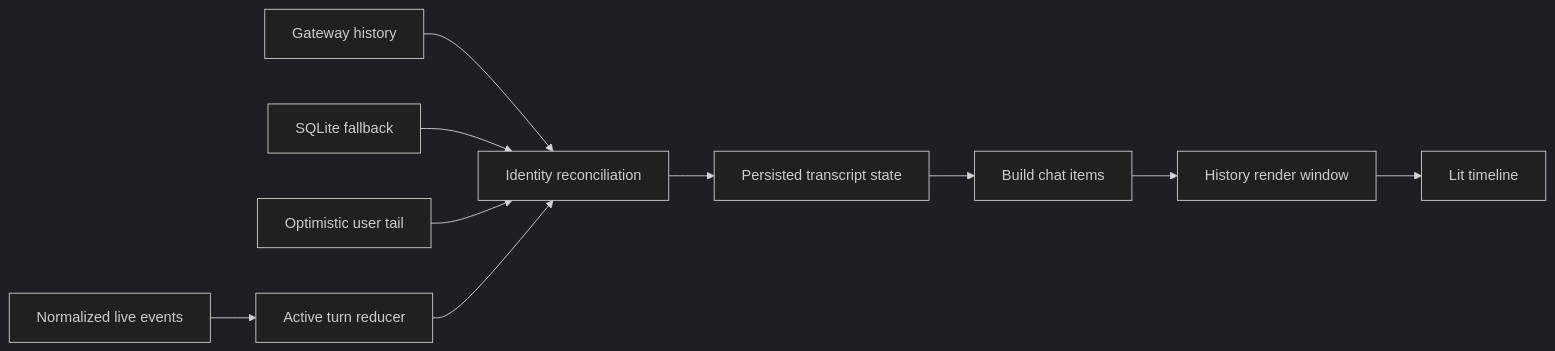
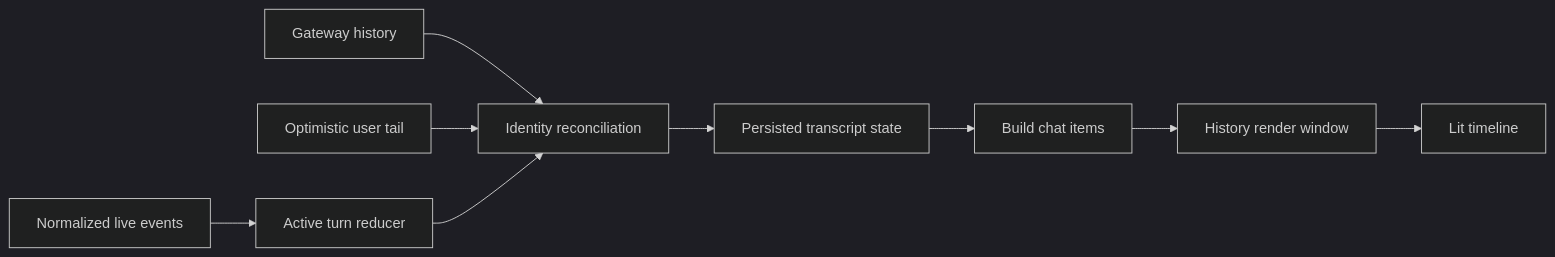
One commit to liangxhao/JustDo changed the diagram in docs/architecture/15-chat-rendering.md. Above: the diagram before and after it, drawn with Mermaid (dark theme). The commit also changed other lines of this file and 93 other files, not shown here.

````diff
--- a/docs/architecture/15-chat-rendering.md
+++ b/docs/architecture/15-chat-rendering.md
@@ -48,18 +49,16 @@
 ```mermaid
 flowchart LR
   GH[Gateway history]
-  SF[SQLite fallback]
   OPT[Optimistic user tail]
   EVT[Normalized live events]
   PS[Persisted transcript state]
   AT[Active turn reducer]
   REC[Identity reconciliation]
   PIPE[Build chat items]
   WIN[History render window]
   LIT[Lit timeline]
   GH --> REC
-  SF --> REC
   OPT --> REC
   EVT --> AT --> REC
   REC --> PS --> PIPE --> WIN --> LIT
 ```
````
